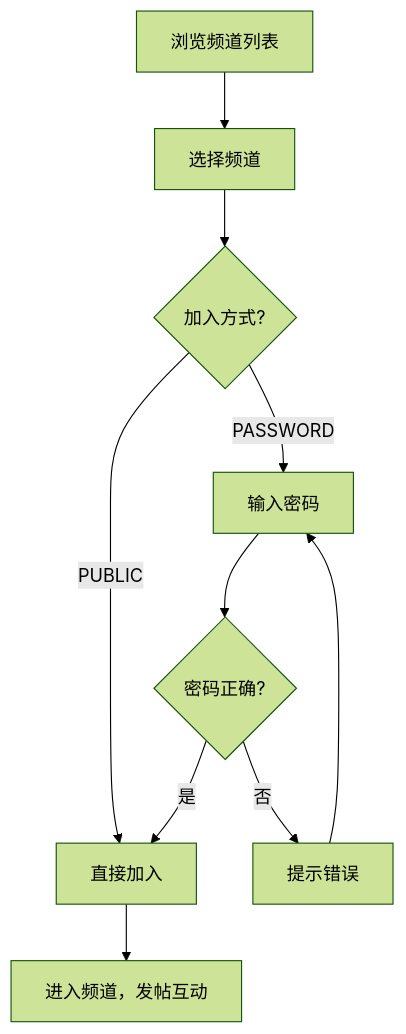
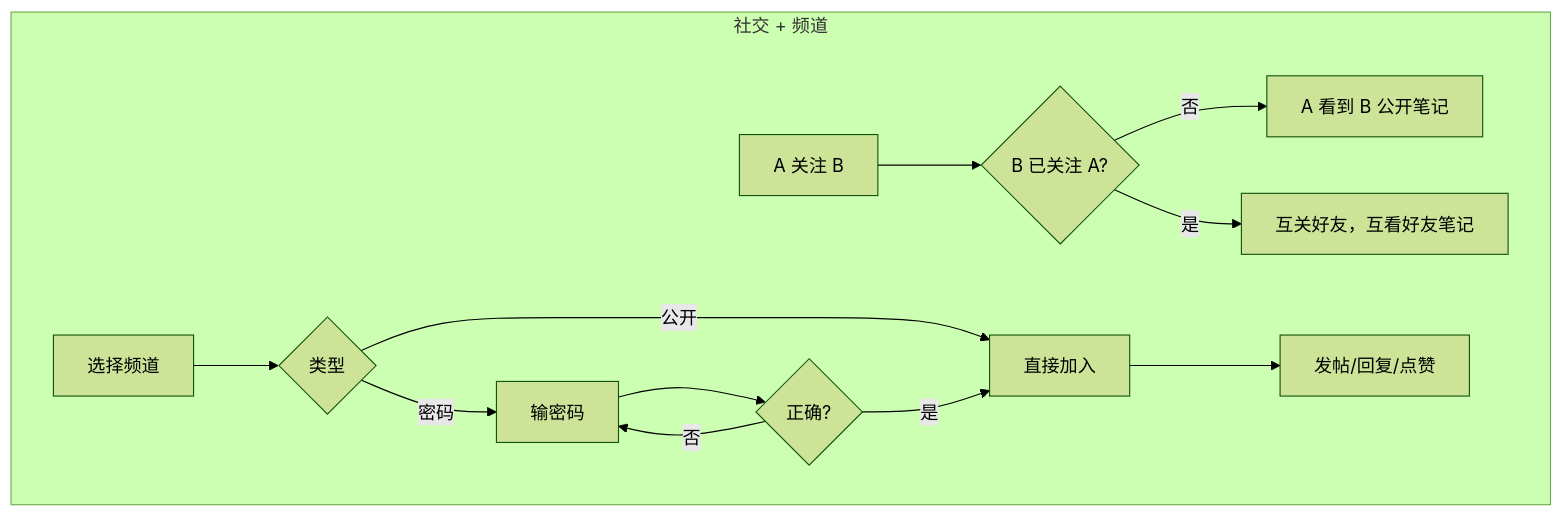
Before and after one commit to oliviawxx/whucircle: the fifth of 10 diagrams in WHU_Circle_需求建模文档.md, drawn with Mermaid (forest theme). The commit also changed other lines of this file and 16 other files, not shown here.

````diff
--- a/WHU_Circle_需求建模文档.md
+++ b/WHU_Circle_需求建模文档.md
@@ -241,12 +77,14 @@
 ```mermaid
 flowchart TD
-    A["浏览频道列表"] --> B["选择频道"]
-    B --> C{"加入方式?"}
-    C -->|"PUBLIC"| D["直接加入"]
-    C -->|"PASSWORD"| E["输入密码"]
-    E --> F{"密码正确?"}
-    F -->|"否"| G["提示错误"]
-    G --> E
-    F -->|"是"| D
-    D --> H["进入频道，发帖互动"]
+    subgraph 社交 + 频道
+        C1["A 关注 B"] --> C2{"B 已关注 A?"}
+        C2 -->|否| C3["A 看到 B 公开笔记"]
+        C2 -->|是| C4["互关好友，互看好友笔记"]
+        D1["选择频道"] --> D2{"类型"}
+        D2 -->|公开| D3["直接加入"]
+        D2 -->|密码| D4["输密码"] --> D5{"正确?"}
+        D5 -->|否| D4
+        D5 -->|是| D3
+        D3 --> D6["发帖/回复/点赞"]
+    end
 ```
````
